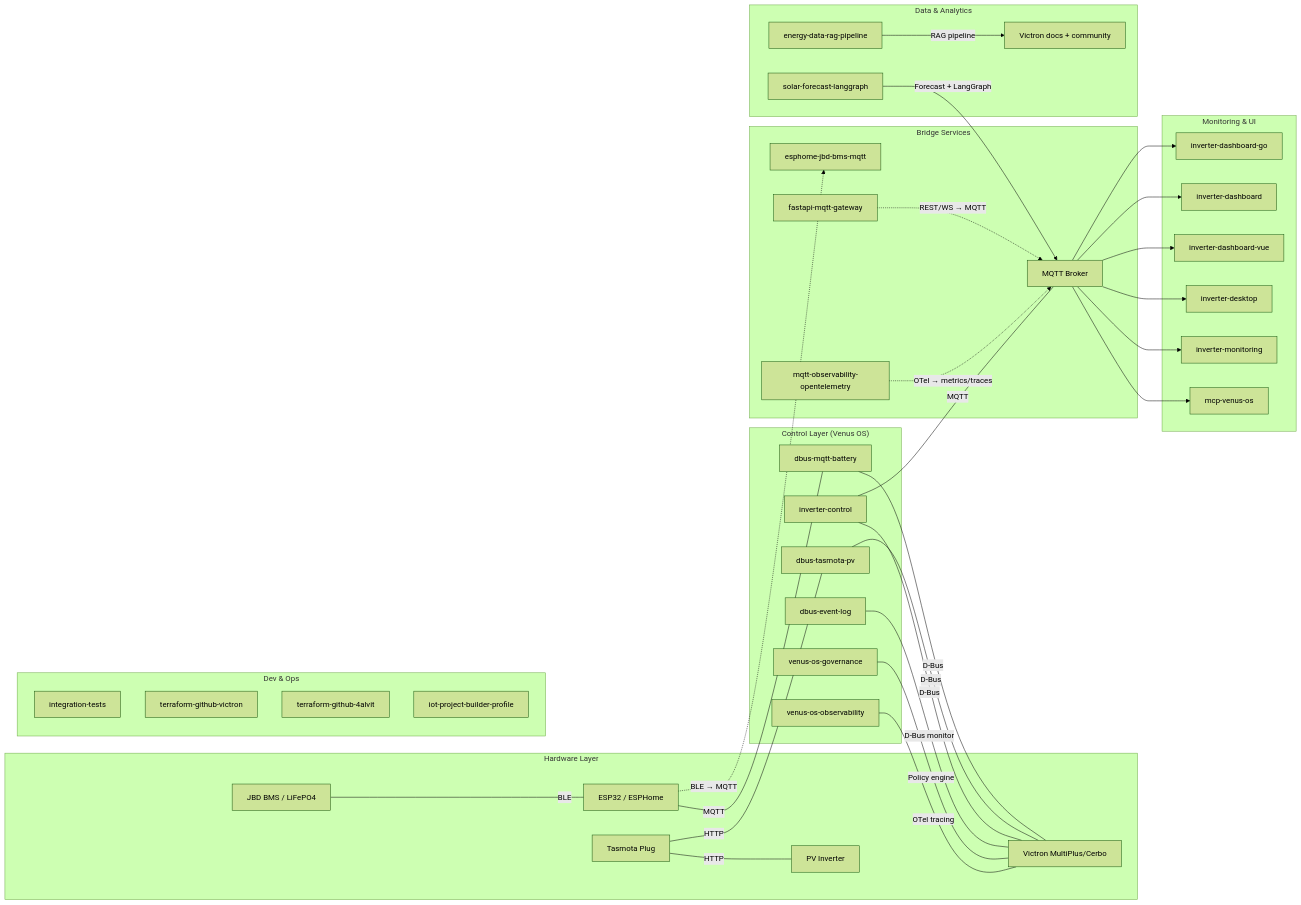
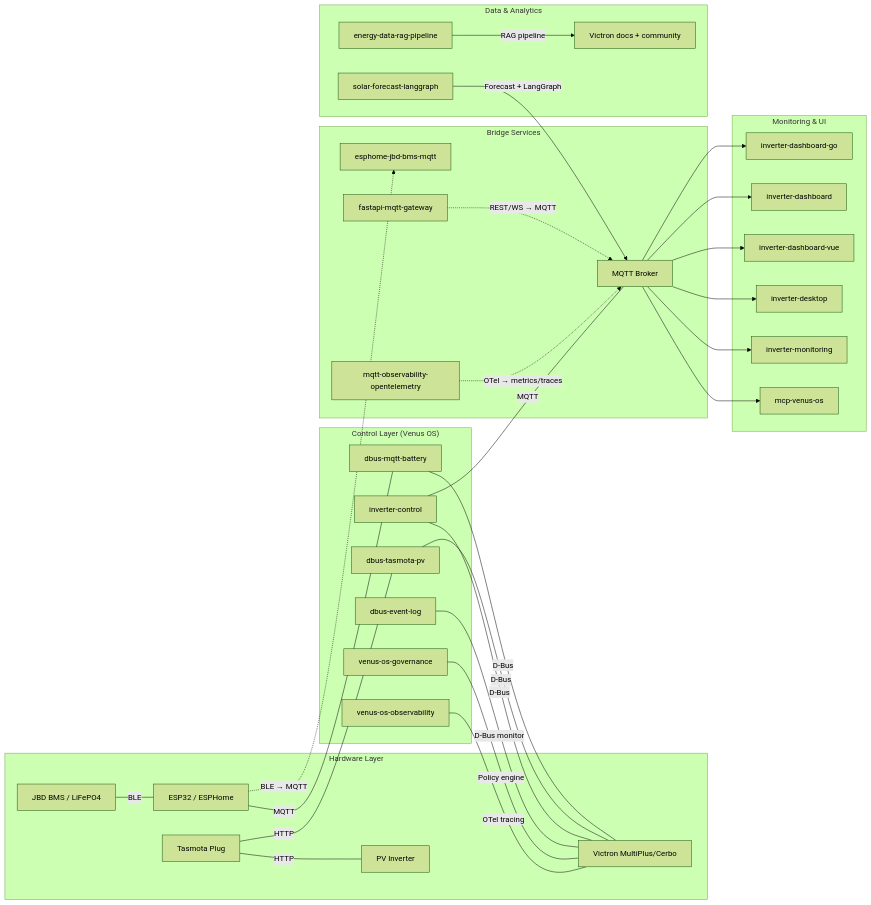
One commit to 4alvit/4alvit changed the diagram in README.md. Above: the diagram before and after it, drawn with Mermaid (forest theme). The commit also changed other lines of this file, not shown here.

````diff
--- a/README.md
+++ b/README.md
@@ -19,47 +19,40 @@
 ```mermaid
 graph LR
     subgraph Hardware["Hardware Layer"]
         BMS[JBD BMS / LiFePO4] -- BLE --- ESP[ESP32 / ESPHome]
         TP[Tasmota Plug] -- HTTP --- PV[PV Inverter]
         VIC[Victron MultiPlus/Cerbo]
     end
 
     subgraph Control["Control Layer (Venus OS)"]
         ESP -- MQTT --- BM[dbus-mqtt-battery]
         TP -- HTTP --- TV[dbus-tasmota-pv]
         BM -- D-Bus --- VIC
         TV -- D-Bus --- VIC
         IC[inverter-control] -- D-Bus --- VIC
         EL[dbus-event-log] -- D-Bus monitor --- VIC
         GOV[venus-os-governance] -- Policy engine --- VIC
         OBS[venus-os-observability] -- OTel tracing --- VIC
     end
 
     subgraph Bridge["Bridge Services"]
         ESP -.->|BLE → MQTT| ESPH[esphome-jbd-bms-mqtt]
         FG[fastapi-mqtt-gateway] -.->|REST/WS → MQTT| MQTT[MQTT Broker]
         MO[mqtt-observability-opentelemetry] -.->|OTel → metrics/traces| MQTT
     end
 
     subgraph UI["Monitoring & UI"]
         IC -- MQTT --- MQTT
         MQTT --> DGO[inverter-dashboard-go]
         MQTT --> DPY[inverter-dashboard]
         MQTT --> DVUE[inverter-dashboard-vue]
         MQTT --> DT[inverter-desktop]
         MQTT --> MON[inverter-monitoring]
         MQTT --> MCP[mcp-venus-os]
     end
 
-    subgraph "Data & Analytics"
+    subgraph Data["Data & Analytics"]
         RAG[energy-data-rag-pipeline] -->|RAG pipeline| DOCS[Victron docs + community]
         SF[solar-forecast-langgraph] -->|Forecast + LangGraph| MQTT
     end
-
-    subgraph "Dev & Ops"
-        IT[integration-tests]
-        TFV[terraform-github-victron]
-        TF4[terraform-github-4alvit]
-        BUILD[iot-project-builder-profile]
-    end
 ```
````
